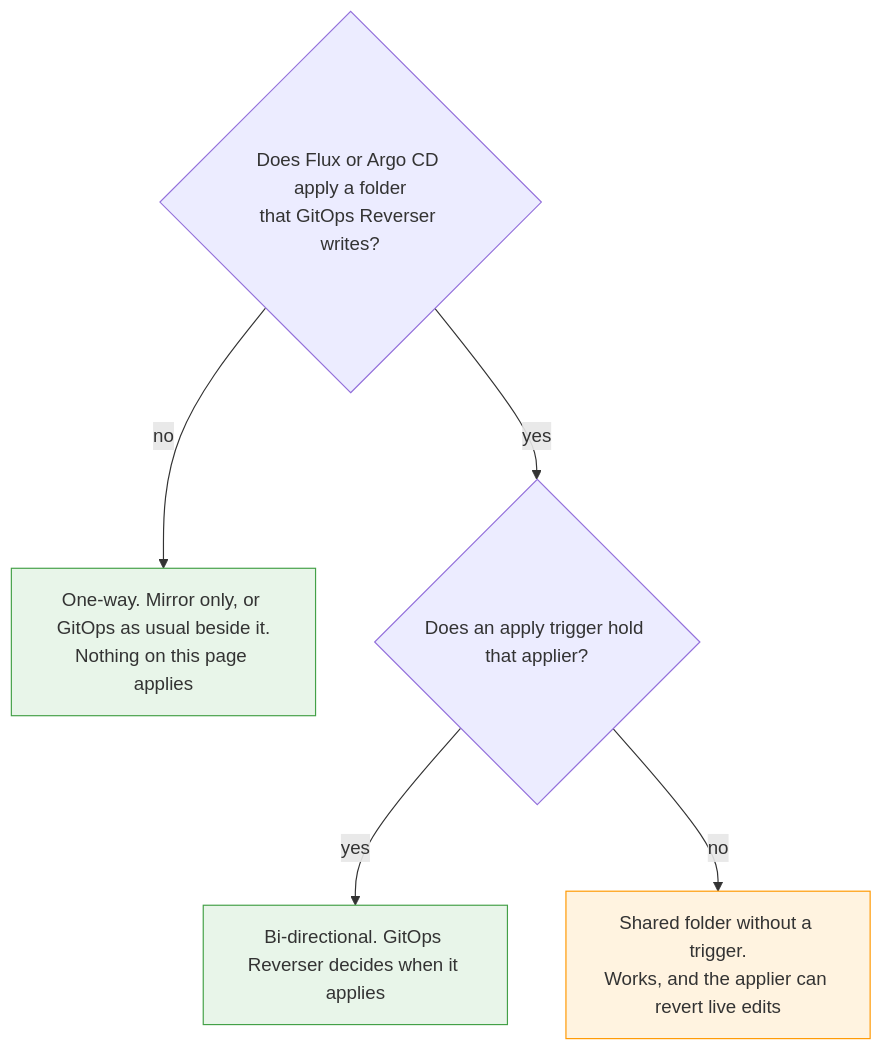
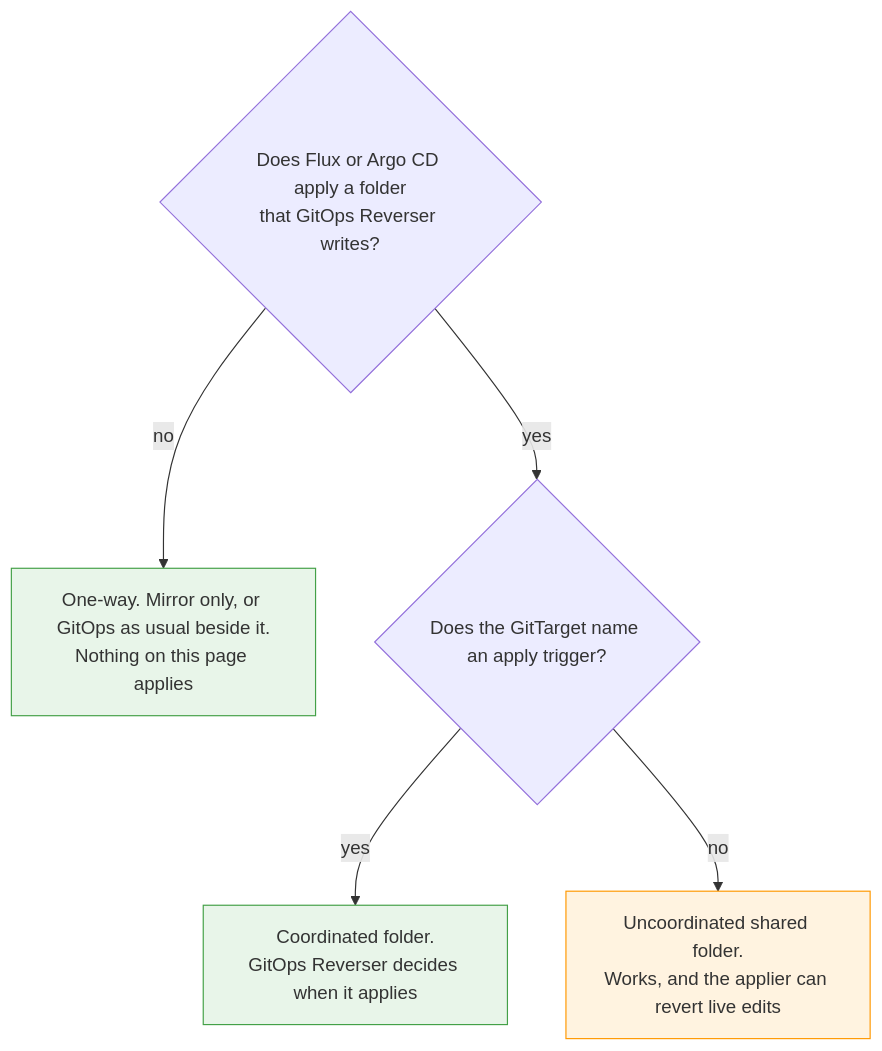
One commit to ConfigButler/gitops-reverser changed the first of 5 diagrams in docs/bi-directional.md. Above: the diagram before and after it, drawn with Mermaid. The commit also changed other lines of this file and 2 other files, not shown here.

Commit message:
docs: plan the applier claim rename, and name coordinated folders
The plan of record for renaming FluxTrigger/ArgoCDTrigger to
FluxClaim/ArgoCDClaim (spec.applierClaimRef), with the doc corrections
that ship alongside it. definitions.md and the bi-directional guide gain
"coordinated" / "uncoordinated shared folder" for a folder's setup.

````diff
--- a/docs/bi-directional.md
+++ b/docs/bi-directional.md
@@ -20,12 +20,12 @@
 ```mermaid
 flowchart TD
     Q1{"Does Flux or Argo CD apply a folder<br/>that GitOps Reverser writes?"}
     Q1 -->|no| ONEWAY["One-way. Mirror only, or GitOps as usual beside it.<br/>Nothing on this page applies"]
-    Q1 -->|yes| Q2{"Does an apply trigger hold that applier?"}
-    Q2 -->|yes| BI["Bi-directional. GitOps Reverser decides when it applies"]
-    Q2 -->|no| EXPOSED["Shared folder without a trigger.<br/>Works, and the applier can revert live edits"]
+    Q1 -->|yes| Q2{"Does the GitTarget name an apply trigger?"}
+    Q2 -->|yes| BI["Coordinated folder.<br/>GitOps Reverser decides when it applies"]
+    Q2 -->|no| EXPOSED["Uncoordinated shared folder.<br/>Works, and the applier can revert live edits"]
 
     style ONEWAY fill:#e8f5e9,stroke:#43a047
     style BI fill:#e8f5e9,stroke:#43a047
     style EXPOSED fill:#fff3e0,stroke:#ff9800
 ```
````
